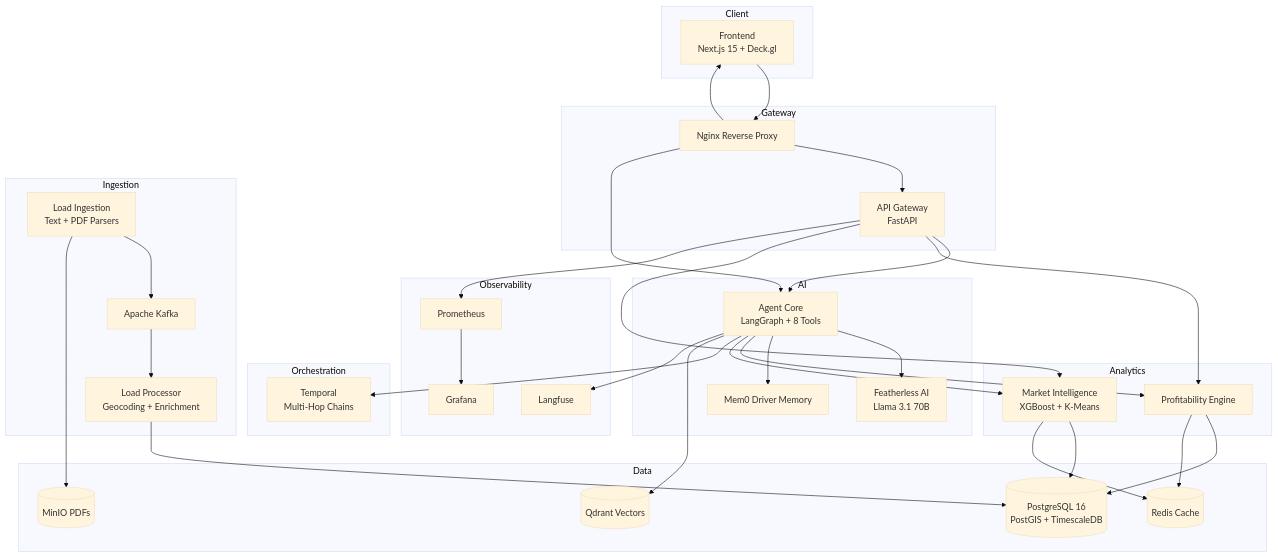
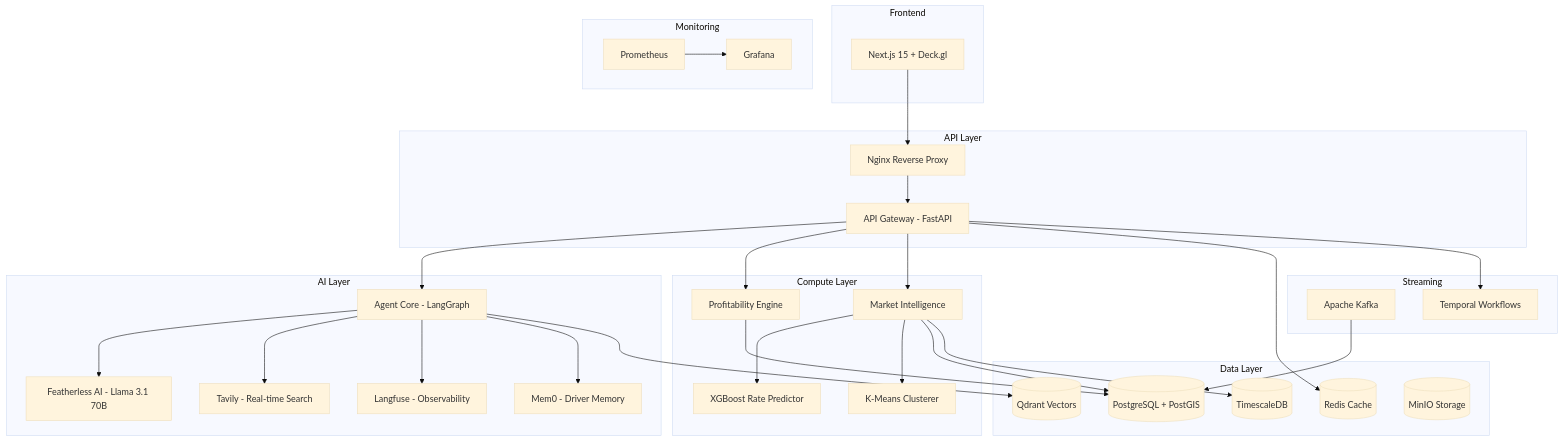
One commit to Nithishkaranam2002/DeadMile-AI- changed the diagram in README.md. Above: the diagram before and after it, drawn with Mermaid (base theme). The commit also changed other lines of this file and 12 other files, not shown here.

````diff
--- a/README.md
+++ b/README.md
@@ -29,70 +44,63 @@
 ```mermaid
 graph TB
-    subgraph Client
-        FE[Frontend<br/>Next.js 15 + Deck.gl]
+    subgraph Frontend
+        UI[Next.js 15 + Deck.gl]
     end
 
-    subgraph Gateway
+    subgraph API Layer
         NG[Nginx Reverse Proxy]
-        API[API Gateway<br/>FastAPI]
+        GW[API Gateway - FastAPI]
     end
 
-    subgraph AI
-        AGENT[Agent Core<br/>LangGraph + 8 Tools]
-        LLM[Featherless AI<br/>Llama 3.1 70B]
-        MEM[Mem0 Driver Memory]
+    subgraph AI Layer
+        AG[Agent Core - LangGraph]
+        LLM[Featherless AI - Llama 3.1 70B]
+        TAV[Tavily - Real-time Search]
+        LF[Langfuse - Observability]
+        MEM[Mem0 - Driver Memory]
     end
 
-    subgraph Ingestion
-        ING[Load Ingestion<br/>Text + PDF Parsers]
-        KAFKA[Apache Kafka]
-        PROC[Load Processor<br/>Geocoding + Enrichment]
+    subgraph Compute Layer
+        PE[Profitability Engine]
+        MI[Market Intelligence]
+        XGB[XGBoost Rate Predictor]
+        KM[K-Means Clusterer]
     end
 
-    subgraph Analytics
-        PROF[Profitability Engine]
-        MKT[Market Intelligence<br/>XGBoost + K-Means]
+    subgraph Data Layer
+        PG[(PostgreSQL + PostGIS)]
+        TS[(TimescaleDB)]
+        QD[(Qdrant Vectors)]
+        RD[(Redis Cache)]
+        MN[(MinIO Storage)]
     end
 
-    subgraph Orchestration
-        TEMP[Temporal<br/>Multi-Hop Chains]
+    subgraph Streaming
+        KF[Apache Kafka]
+        TMP[Temporal Workflows]
     end
 
-    subgraph Data
-        PG[(PostgreSQL 16<br/>PostGIS + TimescaleDB)]
-        REDIS[(Redis Cache)]
-        QDRANT[(Qdrant Vectors)]
-        MINIO[(MinIO PDFs)]
+    subgraph Monitoring
+        PM[Prometheus]
+        GF[Grafana]
     end
 
-    subgraph Observability
-        PROM[Prometheus]
-        GRAF[Grafana]
-        LF[Langfuse]
-    end
-
-    FE --> NG
-    NG --> API
-    NG --> AGENT
-    NG --> FE
-    API --> AGENT
-    API --> PROF
-    API --> MKT
-    AGENT --> LLM
-    AGENT --> MEM
-    AGENT --> PROF
-    AGENT --> MKT
-    AGENT --> TEMP
-    AGENT --> QDRANT
-    ING --> KAFKA
-    KAFKA --> PROC
-    PROC --> PG
-    PROF --> PG
-    PROF --> REDIS
-    MKT --> PG
-    MKT --> REDIS
-    ING --> MINIO
-    AGENT --> LF
-    API --> PROM
-    PROM --> GRAF
+    UI --> NG --> GW
+    GW --> AG
+    AG --> LLM
+    AG --> TAV
+    AG --> LF
+    AG --> MEM
+    GW --> PE
+    GW --> MI
+    MI --> XGB
+    MI --> KM
+    PE --> PG
+    MI --> PG
+    MI --> TS
+    AG --> QD
+    GW --> RD
+    GW --> TMP
+    KF --> PG
+    PM --> GF
 ```
````
